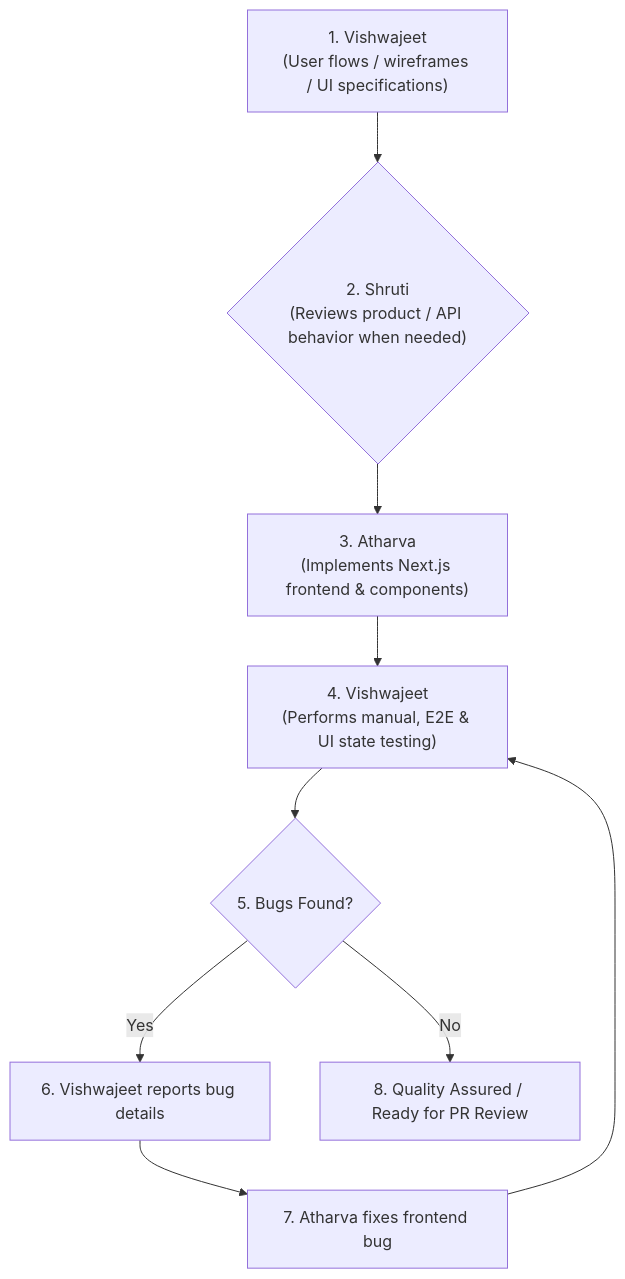
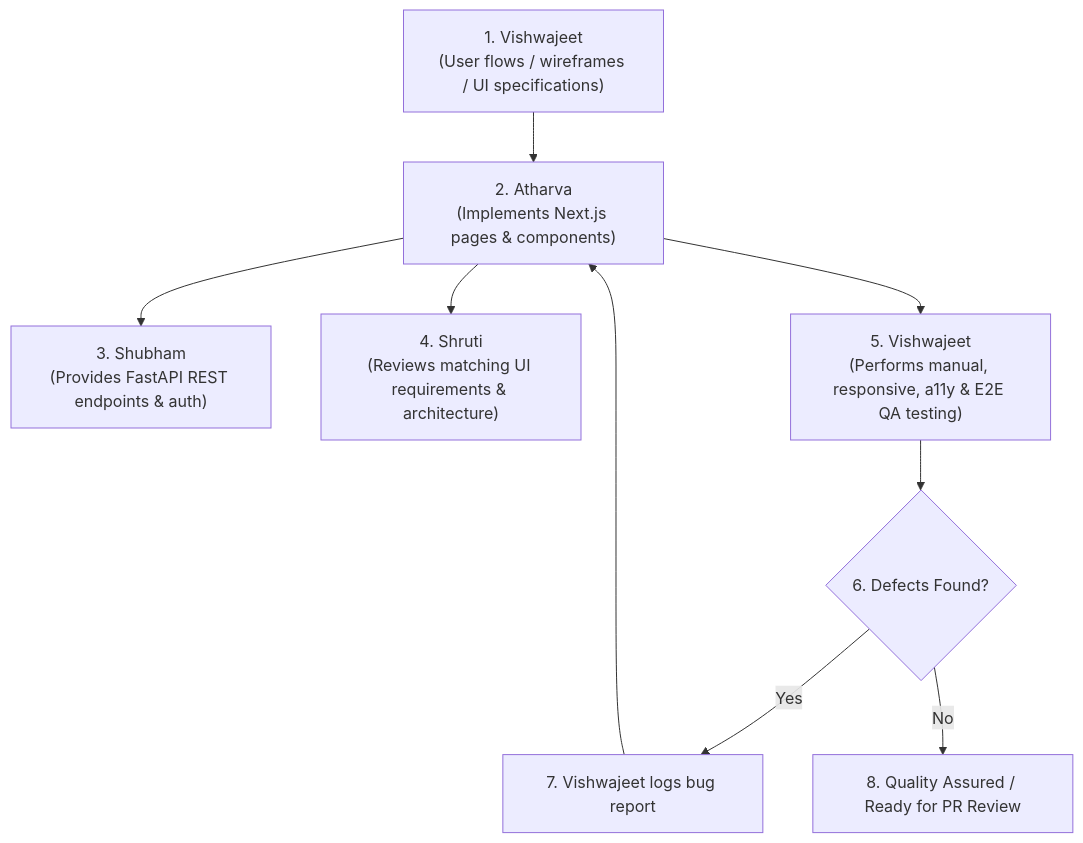
The first of 4 diagrams in docs/UI_GUIDELINES.md (KShruti772/FoodSync-AI), drawn with Mermaid before and after one commit. The commit also changed other lines of this file and 52 other files, not shown here.

Commit message:
feat(frontend): implement core application pages

````diff
--- a/docs/UI_GUIDELINES.md
+++ b/docs/UI_GUIDELINES.md
@@ -22,9 +36,10 @@
 ```mermaid
 flowchart TD
-    A["1. Vishwajeet\n(User flows / wireframes / UI specifications)"] --> B{"2. Shruti\n(Reviews product / API behavior when needed)"}
-    B --> C["3. Atharva\n(Implements Next.js frontend & components)"]
-    C --> D["4. Vishwajeet\n(Performs manual, E2E & UI state testing)"]
-    D --> E{"5. Bugs Found?"}
-    E -- Yes --> F["6. Vishwajeet reports bug details"] --> G["7. Atharva fixes frontend bug"] --> D
-    E -- No --> H["8. Quality Assured / Ready for PR Review"]
+    A["1. Vishwajeet\n(User flows / wireframes / UI specifications)"] --> B["2. Atharva\n(Implements Next.js pages & components)"]
+    B --> C["3. Shubham\n(Provides FastAPI REST endpoints & auth)"]
+    B --> D["4. Shruti\n(Reviews matching UI requirements & architecture)"]
+    B --> E["5. Vishwajeet\n(Performs manual, responsive, a11y & E2E QA testing)"]
+    E --> F{"6. Defects Found?"}
+    F -- Yes --> G["7. Vishwajeet logs bug report"] --> B
+    F -- No --> H["8. Quality Assured / Ready for PR Review"]
 ```
````
